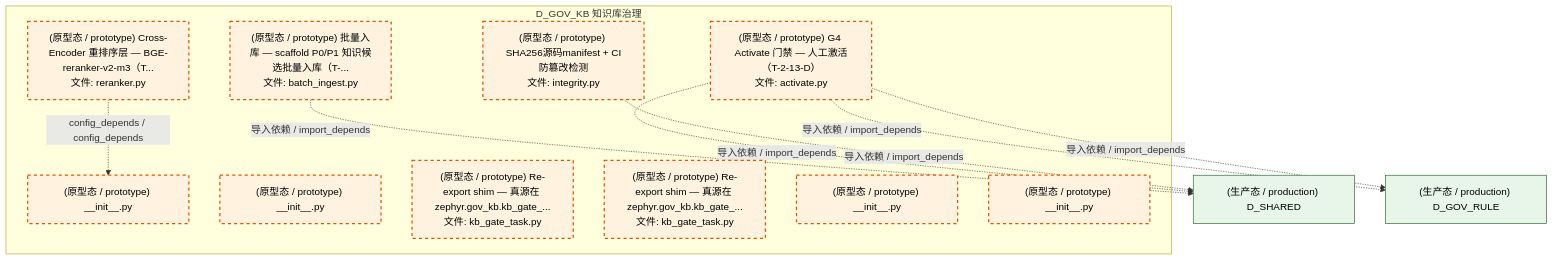
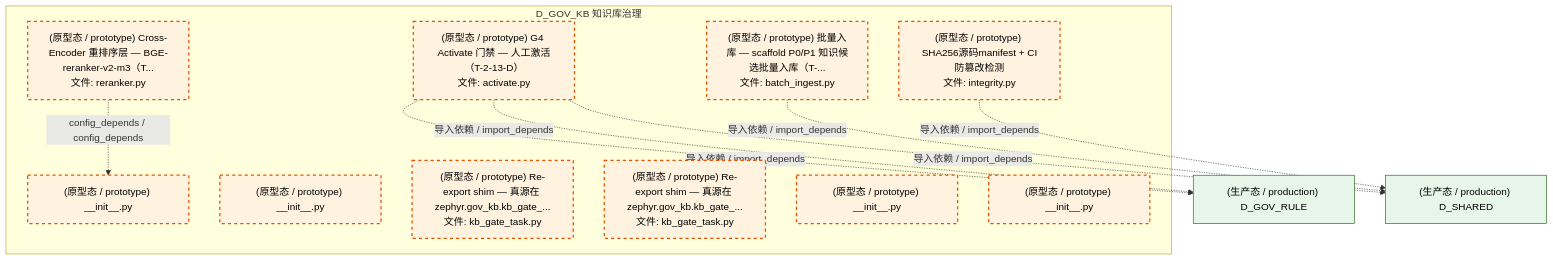
Before and after one commit to xuanFelixVan/ZephyrAlpha: the third of 4 diagrams in docs/02_enterprise_architecture/02_domain_architecture_docs/43_d_gov_kb.md, drawn with Mermaid. The commit also changed other lines of this file and 101 other files, not shown here.

````diff
--- a/docs/02_enterprise_architecture/02_domain_architecture_docs/43_d_gov_kb.md
+++ b/docs/02_enterprise_architecture/02_domain_architecture_docs/43_d_gov_kb.md
@@ -221,29 +221,29 @@
 ```mermaid
 graph TD
     subgraph D_GOV_KB["D_GOV_KB 知识库治理"]
         src_zephyr_gov_kb_init_py["(原型态 / prototype) __init__.py"]
         src_zephyr_gov_kb_filing_nlp_engine_init_py["(原型态 / prototype) __init__.py"]
         src_zephyr_gov_kb_integrity_py["(原型态 / prototype) SHA256源码manifest + CI防篡改检测<br/>文件: integrity.py"]
         src_zephyr_gov_kb_kb_engine_kb_gate_task_py["(原型态 / prototype) Re-export shim — 真源在 zephyr.gov_kb.kb_gate_...<br/>文件: kb_gate_task.py"]
         src_zephyr_gov_kb_migration_kb_gate_task_py["(原型态 / prototype) Re-export shim — 真源在 zephyr.gov_kb.kb_gate_...<br/>文件: kb_gate_task.py"]
         src_zephyr_gov_kb_pipeline_activate_py["(原型态 / prototype) G4 Activate 门禁 — 人工激活（T-2-13-D）<br/>文件: activate.py"]
         src_zephyr_gov_kb_pipeline_batch_ingest_py["(原型态 / prototype) 批量入库 — scaffold P0/P1 知识候选批量入库（T-...<br/>文件: batch_ingest.py"]
         src_zephyr_gov_kb_reranker_py["(原型态 / prototype) Cross-Encoder 重排序层 — BGE-reranker-v2-m3（T...<br/>文件: reranker.py"]
         src_zephyr_gov_kb_sentiment_engine_init_py["(原型态 / prototype) __init__.py"]
         src_zephyr_gov_kb_supply_chain_graph_engine_init_py["(原型态 / prototype) __init__.py"]
     end
     src_zephyr_gov_kb_reranker_py -.->|config_depends / config_depends| src_zephyr_gov_kb_init_py
-    D_SHARED["(生产态 / production) D_SHARED"]
-    src_zephyr_gov_kb_pipeline_batch_ingest_py -.->|导入依赖 / import_depends| D_SHARED
     D_GOV_RULE["(生产态 / production) D_GOV_RULE"]
     src_zephyr_gov_kb_pipeline_activate_py -.->|导入依赖 / import_depends| D_GOV_RULE
     src_zephyr_gov_kb_pipeline_activate_py -.->|导入依赖 / import_depends| D_GOV_RULE
+    D_SHARED["(生产态 / production) D_SHARED"]
     src_zephyr_gov_kb_pipeline_activate_py -.->|导入依赖 / import_depends| D_SHARED
+    src_zephyr_gov_kb_pipeline_batch_ingest_py -.->|导入依赖 / import_depends| D_SHARED
     src_zephyr_gov_kb_integrity_py -.->|导入依赖 / import_depends| D_SHARED
     classDef production fill:#e1f5fe,stroke:#01579b,stroke-width:2px,color:#000
     classDef design fill:#fff3e0,stroke:#e65100,stroke-width:2px,color:#000,stroke-dasharray: 5 5
     classDef external_prod fill:#e8f5e9,stroke:#1b5e20,stroke-width:1px,color:#000
     classDef external_design fill:#fce4ec,stroke:#880e4f,stroke-width:1px,color:#000,stroke-dasharray: 5 5
     class src_zephyr_gov_kb_init_py,src_zephyr_gov_kb_filing_nlp_engine_init_py,src_zephyr_gov_kb_integrity_py,src_zephyr_gov_kb_kb_engine_kb_gate_task_py,src_zephyr_gov_kb_migration_kb_gate_task_py,src_zephyr_gov_kb_pipeline_activate_py,src_zephyr_gov_kb_pipeline_batch_ingest_py,src_zephyr_gov_kb_reranker_py,src_zephyr_gov_kb_sentiment_engine_init_py,src_zephyr_gov_kb_supply_chain_graph_engine_init_py design
-    class D_SHARED,D_GOV_RULE external_prod
+    class D_GOV_RULE,D_SHARED external_prod
 ```
````
